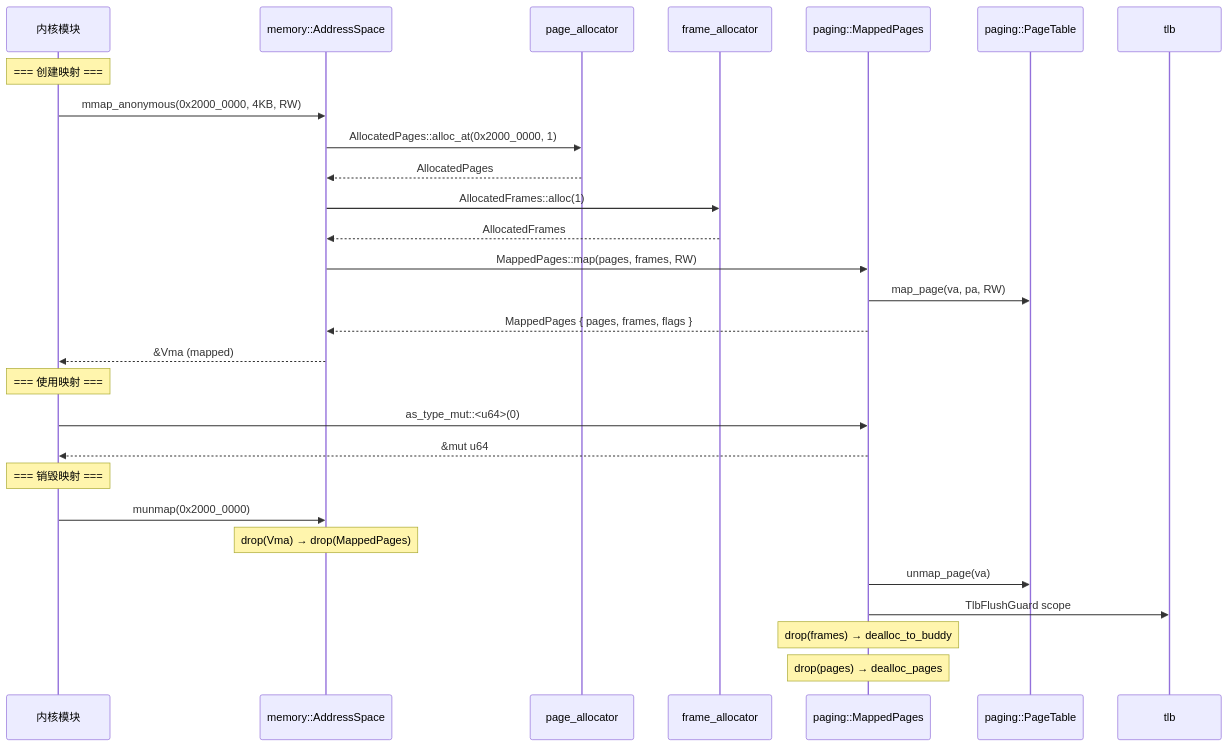
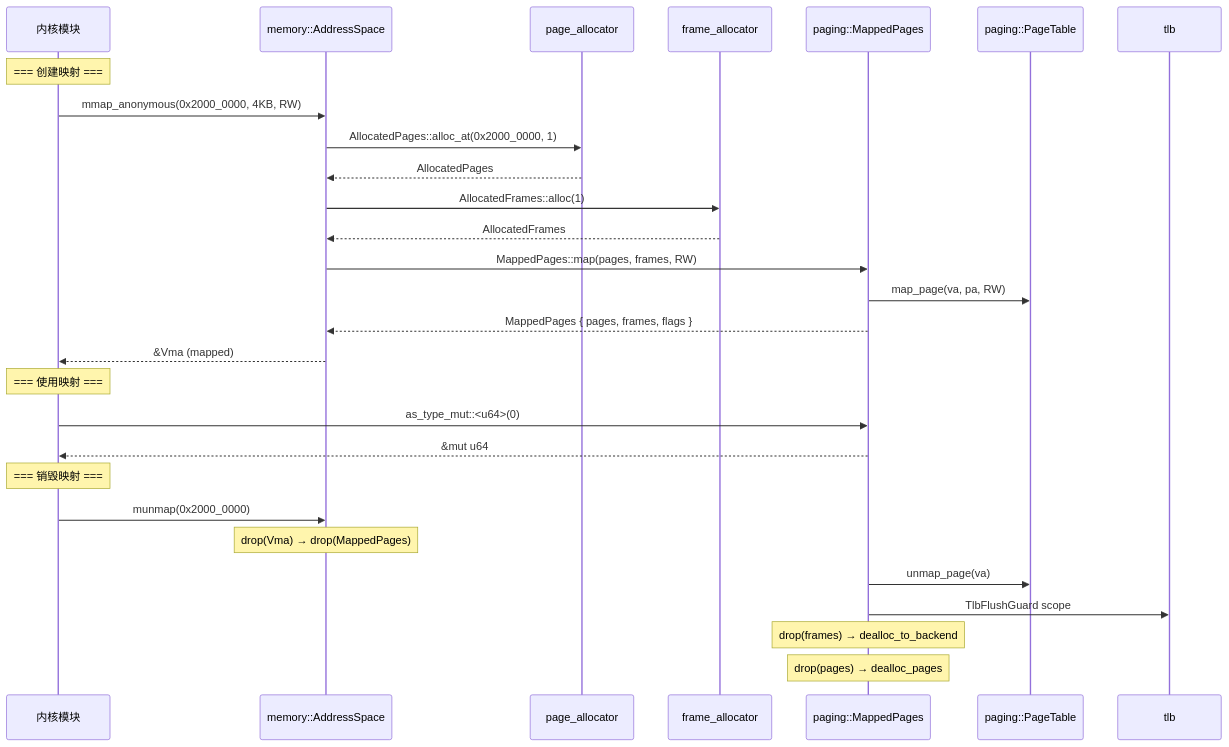
One commit to MRNIU/SimpleKernel changed the eighth of 10 diagrams in docs/design/memory-subsystem.md. Above: the diagram before and after it, drawn with Mermaid. The commit also changed other lines of this file and 10 other files, not shown here.

````diff
--- a/docs/design/memory-subsystem.md
+++ b/docs/design/memory-subsystem.md
@@ -479,33 +478,33 @@
 ```mermaid
 sequenceDiagram
     participant User as 内核模块
     participant MEM as memory::AddressSpace
     participant PA as page_allocator
     participant FA as frame_allocator
     participant MP as paging::MappedPages
     participant PT as paging::PageTable
     participant TLB as tlb
 
     Note over User: === 创建映射 ===
     User->>MEM: mmap_anonymous(0x2000_0000, 4KB, RW)
     MEM->>PA: AllocatedPages::alloc_at(0x2000_0000, 1)
     PA-->>MEM: AllocatedPages
     MEM->>FA: AllocatedFrames::alloc(1)
     FA-->>MEM: AllocatedFrames
     MEM->>MP: MappedPages::map(pages, frames, RW)
     MP->>PT: map_page(va, pa, RW)
     MP-->>MEM: MappedPages { pages, frames, flags }
     MEM-->>User: &Vma (mapped)
 
     Note over User: === 使用映射 ===
     User->>MP: as_type_mut::<u64>(0)
     MP-->>User: &mut u64
 
     Note over User: === 销毁映射 ===
     User->>MEM: munmap(0x2000_0000)
     Note over MEM: drop(Vma) → drop(MappedPages)
     MP->>PT: unmap_page(va)
     MP->>TLB: TlbFlushGuard scope
-    Note over MP: drop(frames) → dealloc_to_buddy
+    Note over MP: drop(frames) → dealloc_to_backend
     Note over MP: drop(pages) → dealloc_pages
 ```
````
